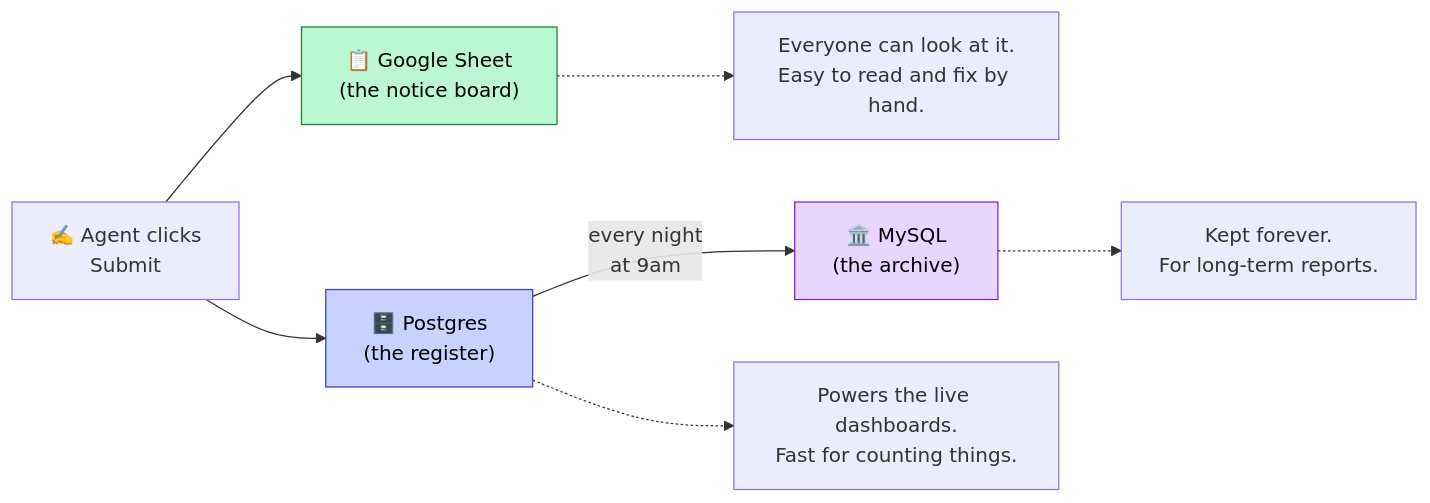
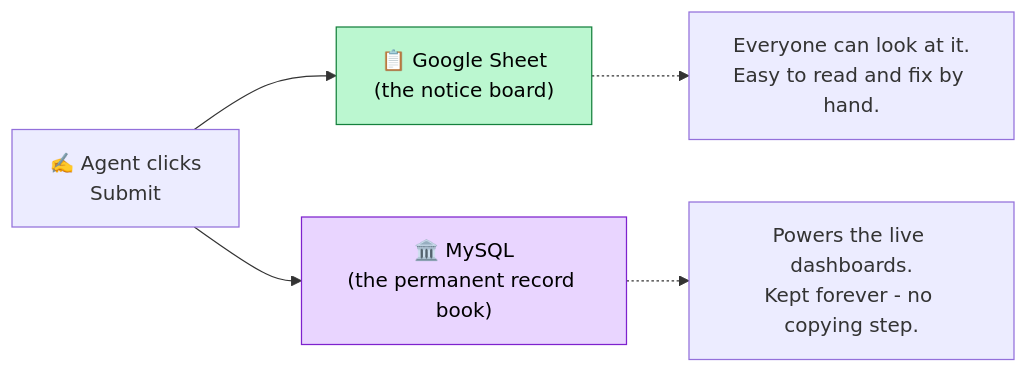
The eighth of 15 diagrams in docs/CALLING_CRM_EXPLAINED.md (mcaff-dj/mcaff-CLS), drawn with Mermaid before and after one commit. The commit also changed other lines of this file and 14 other files, not shown here.

First line of the commit message:
Move lead_assignments off Postgres onto MySQL CLS_RTO_calling directly

````diff
--- a/docs/CALLING_CRM_EXPLAINED.md
+++ b/docs/CALLING_CRM_EXPLAINED.md
@@ -369,14 +368,11 @@
 ```mermaid
 flowchart LR
     A["✍️ Agent clicks<br/>Submit"] --> B["📋 Google Sheet<br/>(the notice board)"]
-    A --> C["🗄️ Postgres<br/>(the register)"]
-    C -->|"every night<br/>at 9am"| D["🏛️ MySQL<br/>(the archive)"]
+    A --> C["🏛️ MySQL<br/>(the permanent record book)"]
 
     B -.-> B1["Everyone can look at it.<br/>Easy to read and fix by hand."]
-    C -.-> C1["Powers the live dashboards.<br/>Fast for counting things."]
-    D -.-> D1["Kept forever.<br/>For long-term reports."]
+    C -.-> C1["Powers the live dashboards.<br/>Kept forever - no copying step."]
 
     style B fill:#bbf7d0,stroke:#15803d,color:#000
-    style C fill:#c7d2fe,stroke:#4338ca,color:#000
-    style D fill:#e9d5ff,stroke:#7e22ce,color:#000
+    style C fill:#e9d5ff,stroke:#7e22ce,color:#000
 ```
````
